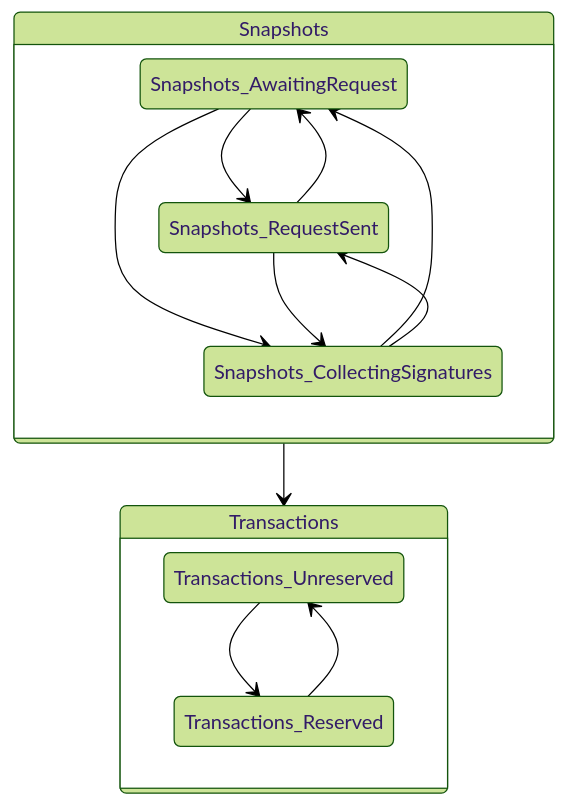
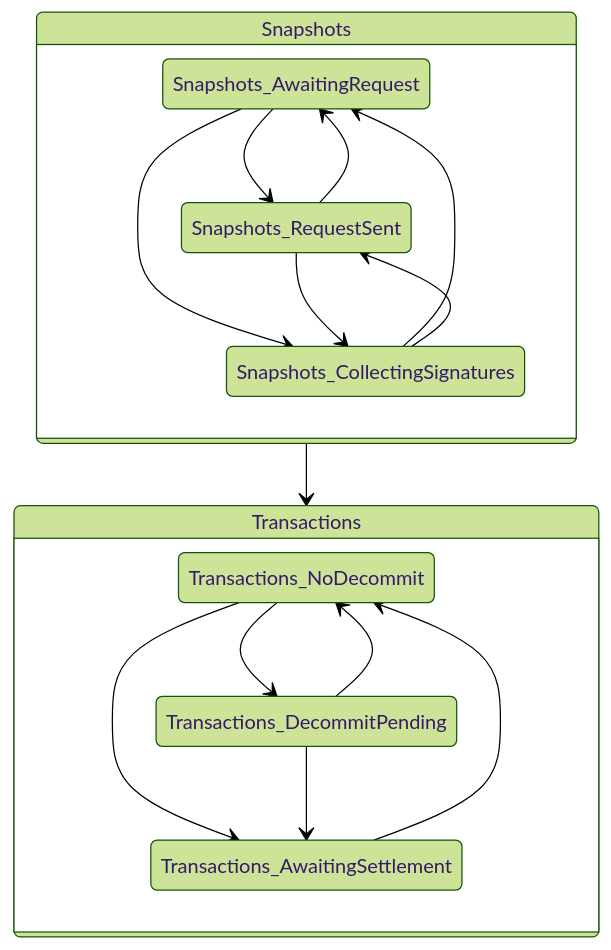
One commit to cardano-scaling/hydra changed the diagram in docs/head-logic-machines/coordinated.mmd. Above: the diagram before and after it, drawn with Mermaid (forest theme). The commit also changed 39 other files, not shown here.

```diff
--- a/docs/head-logic-machines/coordinated.mmd
+++ b/docs/head-logic-machines/coordinated.mmd
@@ -1,19 +1,23 @@
 stateDiagram-v2
 state Snapshots {
 Snapshots_AwaitingRequest
 Snapshots_RequestSent
 Snapshots_CollectingSignatures
 Snapshots_AwaitingRequest --> Snapshots_RequestSent
 Snapshots_AwaitingRequest --> Snapshots_CollectingSignatures
 Snapshots_RequestSent --> Snapshots_AwaitingRequest
 Snapshots_RequestSent --> Snapshots_CollectingSignatures
 Snapshots_CollectingSignatures --> Snapshots_AwaitingRequest
 Snapshots_CollectingSignatures --> Snapshots_RequestSent
 }
 state Transactions {
-Transactions_Unreserved
-Transactions_Reserved
-Transactions_Unreserved --> Transactions_Reserved
-Transactions_Reserved --> Transactions_Unreserved
+Transactions_NoDecommit
+Transactions_DecommitPending
+Transactions_AwaitingSettlement
+Transactions_NoDecommit --> Transactions_DecommitPending
+Transactions_NoDecommit --> Transactions_AwaitingSettlement
+Transactions_DecommitPending --> Transactions_NoDecommit
+Transactions_DecommitPending --> Transactions_AwaitingSettlement
+Transactions_AwaitingSettlement --> Transactions_NoDecommit
 }
 Snapshots --> Transactions
```
